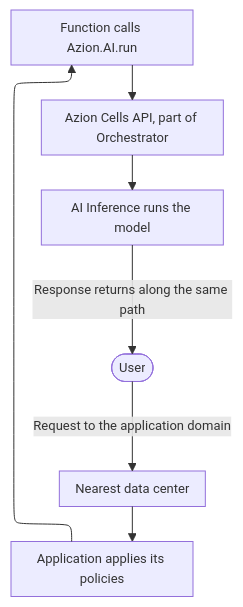
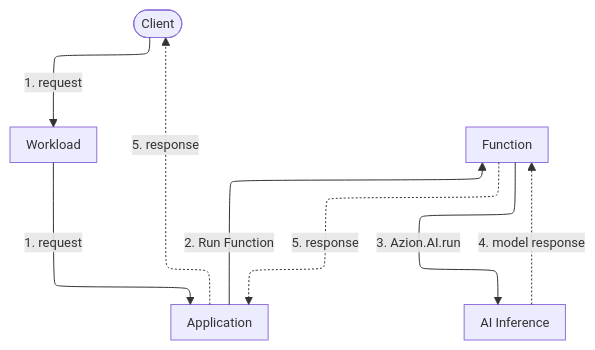
Before and after one commit to aziontech/docs: the diagram in apps/docs/src/content/docs/en/pages/main-menu/reference/ai-inference/edge-ai-reference.mdx, drawn with Mermaid. The commit also changed other lines of this file and 7 other files, not shown here.

````diff
--- a/apps/docs/src/content/docs/en/pages/main-menu/reference/ai-inference/edge-ai-reference.mdx
+++ b/apps/docs/src/content/docs/en/pages/main-menu/reference/ai-inference/edge-ai-reference.mdx
@@ -52,10 +29,16 @@
 ```mermaid
-%%{init: {"layout": "elk", "themeVariables": {"fontSize": "13px"}, "flowchart": {"nodeSpacing": 24, "rankSpacing": 36, "padding": 8, "wrappingWidth": 150, "useMaxWidth": true}, "sequence": {"width": 120, "actorMargin": 30, "useMaxWidth": true}}}%%
+%%{init: {"layout": "elk", "elk": {"cycleBreakingStrategy": "MODEL_ORDER"}, "themeVariables": {"fontSize": "13px"}, "flowchart": {"nodeSpacing": 24, "rankSpacing": 36, "padding": 8, "wrappingWidth": 150, "useMaxWidth": true}, "sequence": {"width": 120, "actorMargin": 30, "useMaxWidth": true}}}%%
 flowchart TD
-  User(["User"]) -->|"Request to the application domain"| DC["Nearest data center"]
-  DC --> App["Application applies its policies"]
-  App --> Fn["Function calls Azion.AI.run"]
-  Fn --> Cells["Azion Cells API, part of Orchestrator"]
-  Cells --> Model["AI Inference runs the model"]
-  Model -->|"Response returns along the same path"| User
+  Client(["Client"])
+  WL["Workload"]
+  App["Application"]
+  Fn["Function"]
+  AI["AI Inference"]
+  Client -->|"1. request"| WL
+  WL -->|"1. request"| App
+  App -->|"2. Run Function"| Fn
+  Fn -->|"3. Azion.AI.run"| AI
+  AI -.->|"4. model response"| Fn
+  Fn -.->|"5. response"| App
+  App -.->|"5. response"| Client
 ```
````
